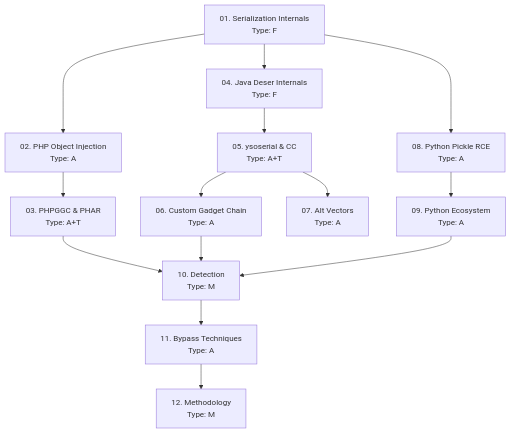
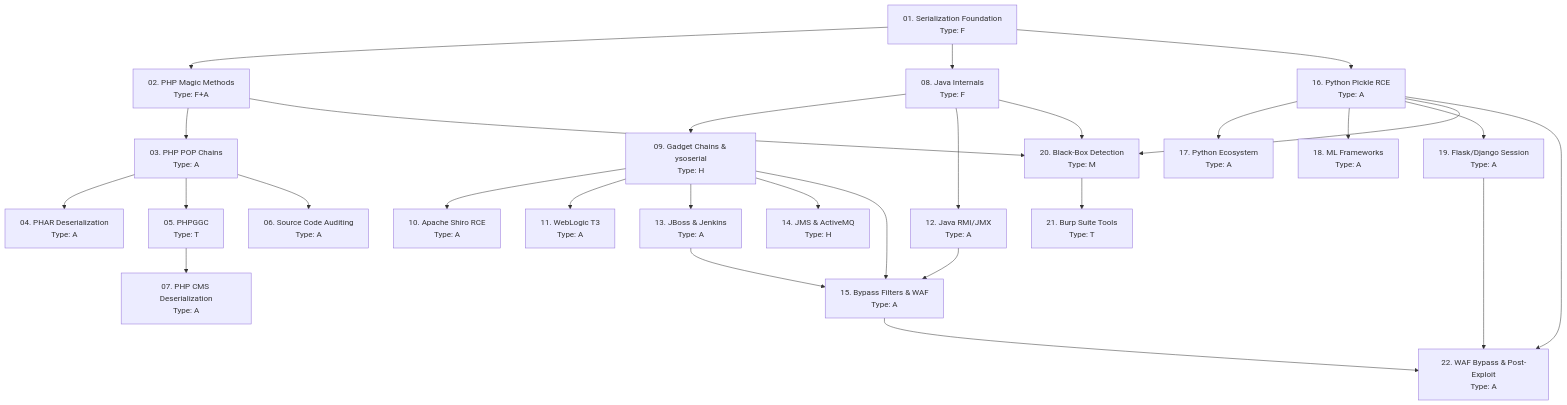
One commit to nhatminh65537/kitsu-quartz changed the diagram in content/reference/cybersec/insecure-deserialization/00-roadmap.md. Above: the diagram before and after it, drawn with Mermaid. The commit also changed other lines of this file and 182 other files, not shown here.

````diff
--- a/content/reference/cybersec/insecure-deserialization/00-roadmap.md
+++ b/content/reference/cybersec/insecure-deserialization/00-roadmap.md
@@ -53,16 +74,30 @@
 ```mermaid
 flowchart TD
-    L01[01. Serialization Internals<br>Type: F] --> L02[02. PHP Object Injection<br>Type: A]
-    L01 --> L04[04. Java Deser Internals<br>Type: F]
-    L01 --> L08[08. Python Pickle RCE<br>Type: A]
-    L02 --> L03[03. PHPGGC & PHAR<br>Type: A+T]
-    L04 --> L05[05. ysoserial & CC<br>Type: A+T]
-    L05 --> L06[06. Custom Gadget Chain<br>Type: A]
-    L05 --> L07[07. Alt Vectors<br>Type: A]
-    L08 --> L09[09. Python Ecosystem<br>Type: A]
-    L03 --> L10[10. Detection<br>Type: M]
-    L06 --> L10
-    L09 --> L10
-    L10 --> L11[11. Bypass Techniques<br>Type: A]
-    L11 --> L12[12. Methodology<br>Type: M]
+    L01[01. Serialization Foundation<br>Type: F] --> L02[02. PHP Magic Methods<br>Type: F+A]
+    L01 --> L08[08. Java Internals<br>Type: F]
+    L01 --> L16[16. Python Pickle RCE<br>Type: A]
+    L02 --> L03[03. PHP POP Chains<br>Type: A]
+    L03 --> L04[04. PHAR Deserialization<br>Type: A]
+    L03 --> L05[05. PHPGGC<br>Type: T]
+    L03 --> L06[06. Source Code Auditing<br>Type: A]
+    L05 --> L07[07. PHP CMS Deserialization<br>Type: A]
+    L08 --> L09[09. Gadget Chains & ysoserial<br>Type: H]
+    L08 --> L12[12. Java RMI/JMX<br>Type: A]
+    L09 --> L10[10. Apache Shiro RCE<br>Type: A]
+    L09 --> L11[11. WebLogic T3<br>Type: A]
+    L09 --> L13[13. JBoss & Jenkins<br>Type: A]
+    L09 --> L14[14. JMS & ActiveMQ<br>Type: H]
+    L09 --> L15[15. Bypass Filters & WAF<br>Type: A]
+    L12 --> L15
+    L13 --> L15
+    L16 --> L17[17. Python Ecosystem<br>Type: A]
+    L16 --> L18[18. ML Frameworks<br>Type: A]
+    L16 --> L19[19. Flask/Django Session<br>Type: A]
+    L02 --> L20[20. Black-Box Detection<br>Type: M]
+    L08 --> L20
+    L16 --> L20
+    L20 --> L21[21. Burp Suite Tools<br>Type: T]
+    L15 --> L22[22. WAF Bypass & Post-Exploit<br>Type: A]
+    L16 --> L22
+    L19 --> L22
 ```
````
